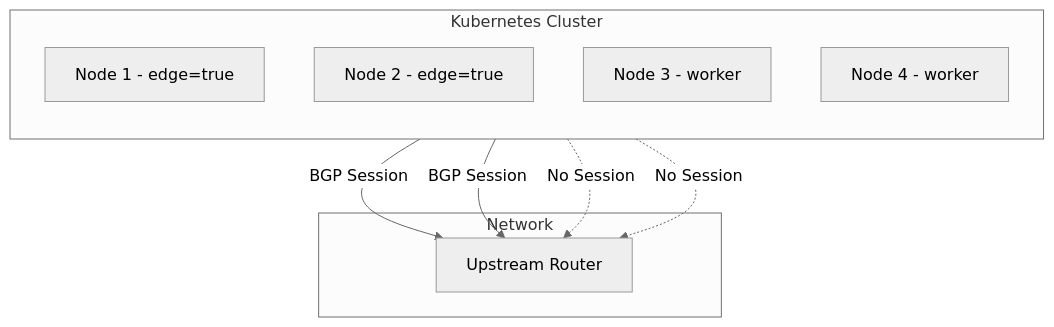
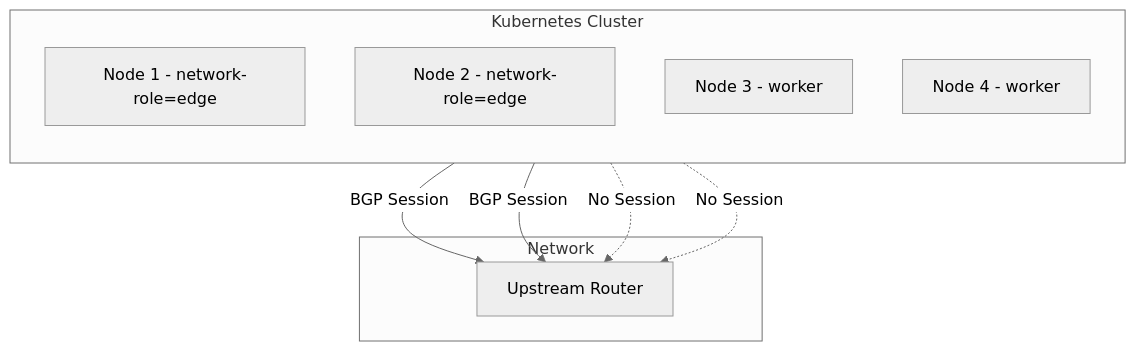
One commit to OneUptime/blog changed the first of 2 diagrams in posts/2026-02-20-metallb-bgp-limit-peers-nodes/README.md. Above: the diagram before and after it, drawn with Mermaid (neutral theme). The commit also changed other lines of this file and 2 other files, not shown here.

````diff
--- a/posts/2026-02-20-metallb-bgp-limit-peers-nodes/README.md
+++ b/posts/2026-02-20-metallb-bgp-limit-peers-nodes/README.md
@@ -26,17 +26,17 @@
 ```mermaid
 flowchart TB
     subgraph Kubernetes Cluster
         direction TB
-        N1[Node 1 - edge=true]
-        N2[Node 2 - edge=true]
+        N1[Node 1 - network-role=edge]
+        N2[Node 2 - network-role=edge]
         N3[Node 3 - worker]
         N4[Node 4 - worker]
     end
     subgraph Network
         R1[Upstream Router]
     end
     N1 -->|BGP Session| R1
     N2 -->|BGP Session| R1
     N3 -.->|No Session| R1
     N4 -.->|No Session| R1
 ```
````
